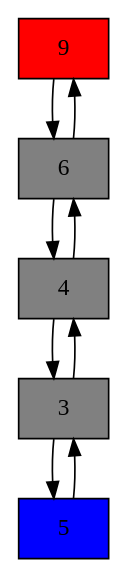
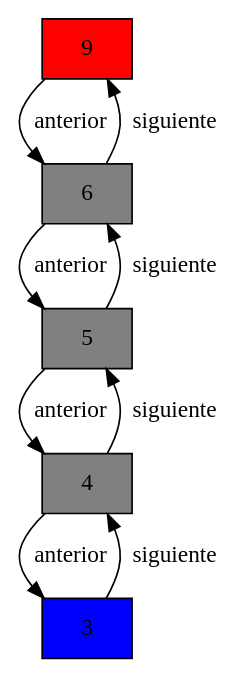
One commit to JoseTg1904/ConferenciaEDDLineales changed the diagram in graficos/doble1.dot. Above: the diagram before and after it, drawn with Graphviz. The commit also changed 9 other files, not shown here.

```diff
--- a/graficos/doble1.dot
+++ b/graficos/doble1.dot
@@ -1,16 +1,16 @@
 digraph grafico{
 node [style = "filled" shape = "box"]
-"<clases.nodoDoble.NodoDoble object at 0x000001702EC75280>" [label = "9" fillcolor = "red"]
-"<clases.nodoDoble.NodoDoble object at 0x000001702EC75280>" -> "<clases.nodoDoble.NodoDoble object at 0x000001702EB27730>"
-"<clases.nodoDoble.NodoDoble object at 0x000001702EB27730>" [label = "6" fillcolor = "gray"]
-"<clases.nodoDoble.NodoDoble object at 0x000001702EB27730>" -> "<clases.nodoDoble.NodoDoble object at 0x000001702EB27790>"
-"<clases.nodoDoble.NodoDoble object at 0x000001702EB27730>" -> "<clases.nodoDoble.NodoDoble object at 0x000001702EC75280>"
-"<clases.nodoDoble.NodoDoble object at 0x000001702EB27790>" [label = "4" fillcolor = "gray"]
-"<clases.nodoDoble.NodoDoble object at 0x000001702EB27790>" -> "<clases.nodoDoble.NodoDoble object at 0x000001702EC75130>"
-"<clases.nodoDoble.NodoDoble object at 0x000001702EB27790>" -> "<clases.nodoDoble.NodoDoble object at 0x000001702EB27730>"
-"<clases.nodoDoble.NodoDoble object at 0x000001702EC75130>" [label = "3" fillcolor = "gray"]
-"<clases.nodoDoble.NodoDoble object at 0x000001702EC75130>" -> "<clases.nodoDoble.NodoDoble object at 0x000001702EC752B0>"
-"<clases.nodoDoble.NodoDoble object at 0x000001702EC75130>" -> "<clases.nodoDoble.NodoDoble object at 0x000001702EB27790>"
-"<clases.nodoDoble.NodoDoble object at 0x000001702EC752B0>" [label = "5" fillcolor = "blue"]
-"<clases.nodoDoble.NodoDoble object at 0x000001702EC752B0>" -> "<clases.nodoDoble.NodoDoble object at 0x000001702EC75130>"
+"<clases.nodoDoble.NodoDoble object at 0x7fb0f6a1c1c0>" [label = "9" fillcolor = "red"]
+"<clases.nodoDoble.NodoDoble object at 0x7fb0f6a1c1c0>" -> "<clases.nodoDoble.NodoDoble object at 0x7fb0f6a1c100>" [label = "anterior"]
+"<clases.nodoDoble.NodoDoble object at 0x7fb0f6a1c100>" [label = "6" fillcolor = "gray"]
+"<clases.nodoDoble.NodoDoble object at 0x7fb0f6a1c100>" -> "<clases.nodoDoble.NodoDoble object at 0x7fb0f6a1c250>" [label = "anterior"]
+"<clases.nodoDoble.NodoDoble object at 0x7fb0f6a1c100>" -> "<clases.nodoDoble.NodoDoble object at 0x7fb0f6a1c1c0>" [label = "siguiente"]
+"<clases.nodoDoble.NodoDoble object at 0x7fb0f6a1c250>" [label = "5" fillcolor = "gray"]
+"<clases.nodoDoble.NodoDoble object at 0x7fb0f6a1c250>" -> "<clases.nodoDoble.NodoDoble object at 0x7fb0f6a140d0>" [label = "anterior"]
+"<clases.nodoDoble.NodoDoble object at 0x7fb0f6a1c250>" -> "<clases.nodoDoble.NodoDoble object at 0x7fb0f6a1c100>" [label = "siguiente"]
+"<clases.nodoDoble.NodoDoble object at 0x7fb0f6a140d0>" [label = "4" fillcolor = "gray"]
+"<clases.nodoDoble.NodoDoble object at 0x7fb0f6a140d0>" -> "<clases.nodoDoble.NodoDoble object at 0x7fb0f6a1c190>" [label = "anterior"]
+"<clases.nodoDoble.NodoDoble object at 0x7fb0f6a140d0>" -> "<clases.nodoDoble.NodoDoble object at 0x7fb0f6a1c250>" [label = "siguiente"]
+"<clases.nodoDoble.NodoDoble object at 0x7fb0f6a1c190>" [label = "3" fillcolor = "blue"]
+"<clases.nodoDoble.NodoDoble object at 0x7fb0f6a1c190>" -> "<clases.nodoDoble.NodoDoble object at 0x7fb0f6a140d0>" [label = "siguiente"]
 }
```
